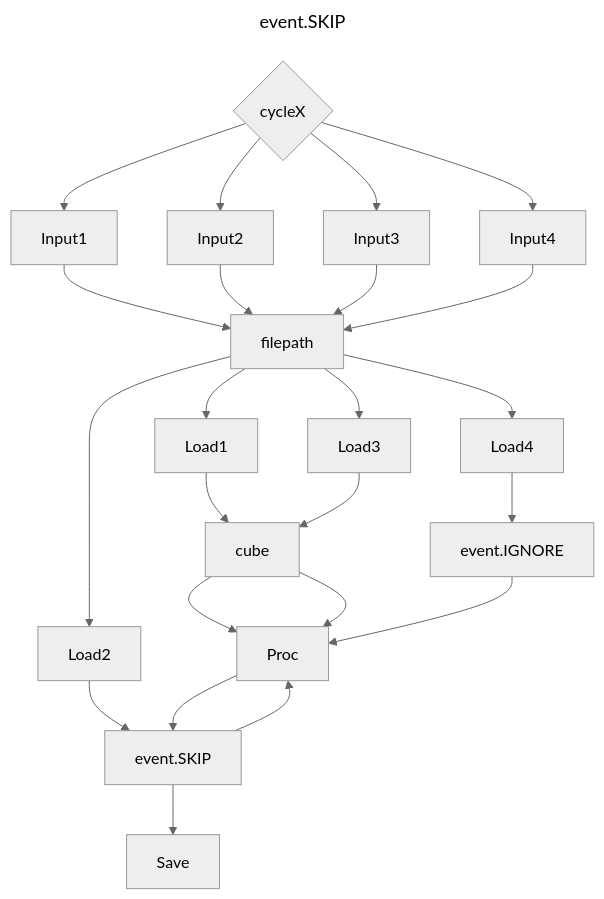
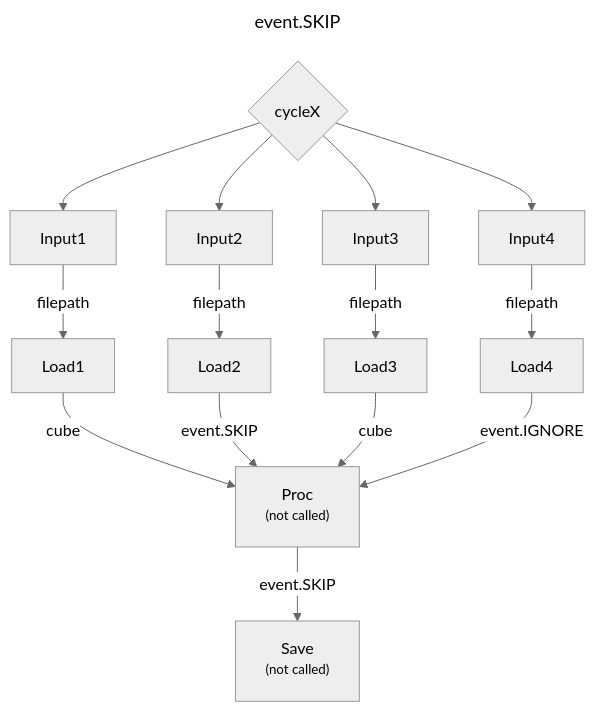
Before and after one commit to MetOffice/dagrunner: the second of 2 diagrams in docs/dagrunner.events.md, drawn with Mermaid (neutral theme). The commit also changed other lines of this file and 6 other files, not shown here.

````diff
--- a/docs/dagrunner.events.md
+++ b/docs/dagrunner.events.md
@@ -43,12 +43,12 @@
 ```mermaid
 ---
 title: event.SKIP
 ---
 graph
     cycle1{cycleX}
-    cycle1 --> Input1 --> filepath --> Load1 --> cube --> Proc
-    cycle1 --> Input2 --> filepath --> Load2 --> event.SKIP --> Proc
-    cycle1 --> Input3 --> filepath --> Load3 --> cube --> Proc
-    cycle1 --> Input4 --> filepath --> Load4 --> event.IGNORE --> Proc
-    Proc --> event.SKIP --> Save
+    cycle1 --> Input1 -- filepath --> Load1 -- cube --> Proc
+    cycle1 --> Input2 -- filepath --> Load2 -- event.SKIP --> Proc
+    cycle1 --> Input3 -- filepath --> Load3 -- cube --> Proc
+    cycle1 --> Input4 -- filepath --> Load4 -- event.IGNORE --> Proc
+    Proc["Proc<br><sup>(not called)"] -- event.SKIP --> Save["Save<br><sup>(not called)"]
 ```
````
